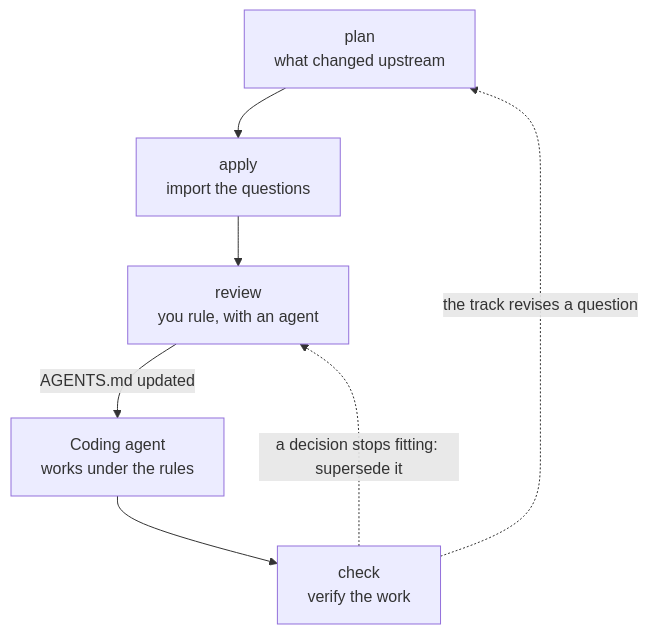
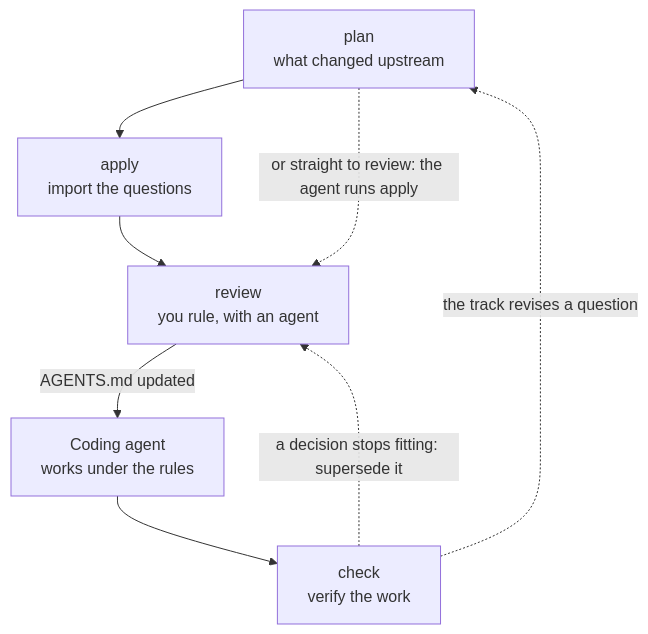
The second of 3 diagrams in docs/how-it-works.md (trivoallan/ontrack), drawn with Mermaid before and after one commit. The commit also changed other lines of this file and 8 other files, not shown here.

````diff
--- a/docs/how-it-works.md
+++ b/docs/how-it-works.md
@@ -101,13 +103,14 @@
 ```mermaid
 flowchart TD
   plan["plan<br/>what changed upstream"]
   apply["apply<br/>import the questions"]
   review["review<br/>you rule, with an agent"]
   work["Coding agent<br/>works under the rules"]
   check["check<br/>verify the work"]
   plan --> apply --> review
+  plan -.->|"or straight to review: the agent runs apply"| review
   review -->|"AGENTS.md updated"| work
   work --> check
   check -.->|"the track revises a question"| plan
   check -.->|"a decision stops fitting: supersede it"| review
 ```
````
